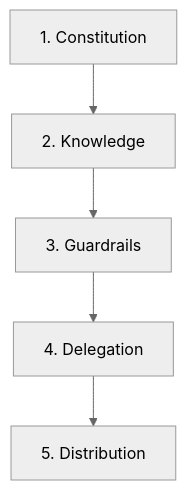
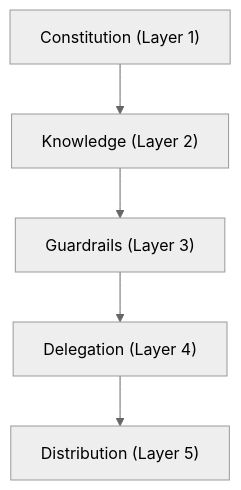
One commit to mjac-yue/ai-architecture-for-pms changed the eighth of 8 diagrams in module-08-agents-tool-use.md. Above: the diagram before and after it, drawn with Mermaid (neutral theme).

Commit message:
Fix digit-dot labels in module-08 Agent Dev Stack diagram
Obsidian's Mermaid parser mishandles labels starting with "N. " (number
followed by period). Move the layer number to the end in parentheses:
"5. Distribution" → "Distribution (Layer 5)".

````diff
--- a/module-08-agents-tool-use.md
+++ b/module-08-agents-tool-use.md
@@ -208,10 +208,10 @@
 ```mermaid
 flowchart TD
-    L5["5. Distribution"]
-    L4["4. Delegation"]
-    L3["3. Guardrails"]
-    L2["2. Knowledge"]
-    L1["1. Constitution"]
+    L5["Distribution (Layer 5)"]
+    L4["Delegation (Layer 4)"]
+    L3["Guardrails (Layer 3)"]
+    L2["Knowledge (Layer 2)"]
+    L1["Constitution (Layer 1)"]
 
     L1 --> L2 --> L3 --> L4 --> L5
 ```
````
